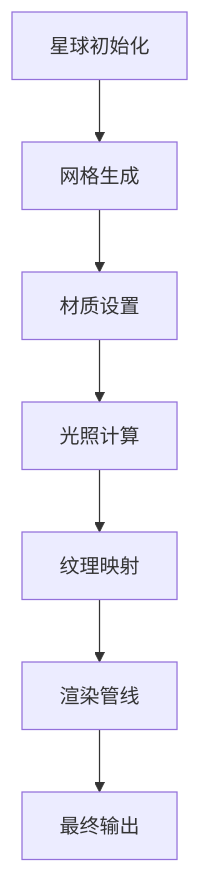
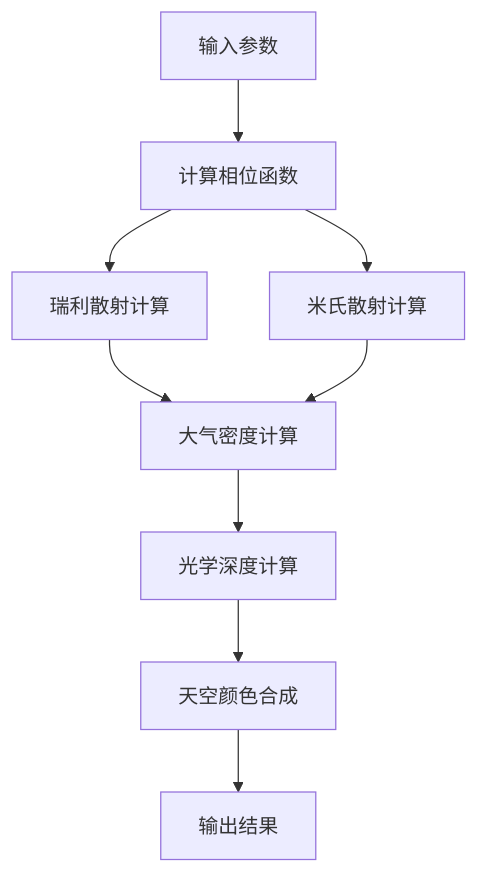
One commit to rzhangjing/cesium changed the fifth of 6 diagrams in .qoder/repowiki/zh/content/项目概述/核心特性/大气系统.md. Above: the diagram before and after it, drawn with Mermaid. The commit also changed other lines of this file and 57 other files, not shown here.

````diff
--- a/.qoder/repowiki/zh/content/项目概述/核心特性/大气系统.md
+++ b/.qoder/repowiki/zh/content/项目概述/核心特性/大气系统.md
@@ -248,9 +223,11 @@
 ```mermaid
 flowchart TD
-StarSphereInit["星球初始化"] --> MeshGeneration["网格生成"]
-MeshGeneration --> MaterialSetup["材质设置"]
-MaterialSetup --> LightCalculation["光照计算"]
-LightCalculation --> TextureMapping["纹理映射"]
-TextureMapping --> RenderPipeline["渲染管线"]
-RenderPipeline --> FinalOutput["最终输出"]
+Input["输入参数"] --> PhaseCalc["计算相位函数"]
+PhaseCalc --> Rayleigh["瑞利散射计算"]
+PhaseCalc --> Mie["米氏散射计算"]
+Rayleigh --> Density["大气密度计算"]
+Mie --> Density
+Density --> OpticalDepth["光学深度计算"]
+OpticalDepth --> SkyColor["天空颜色合成"]
+SkyColor --> Output["输出结果"]
 ```
````
